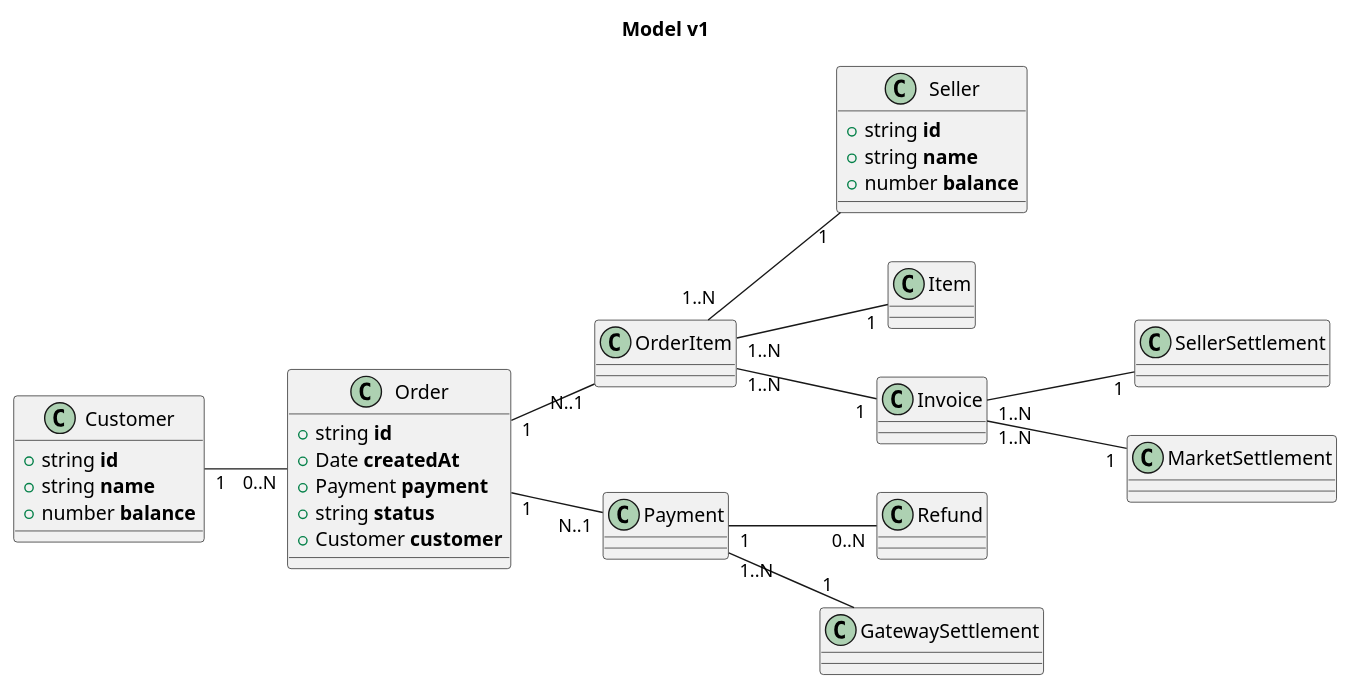
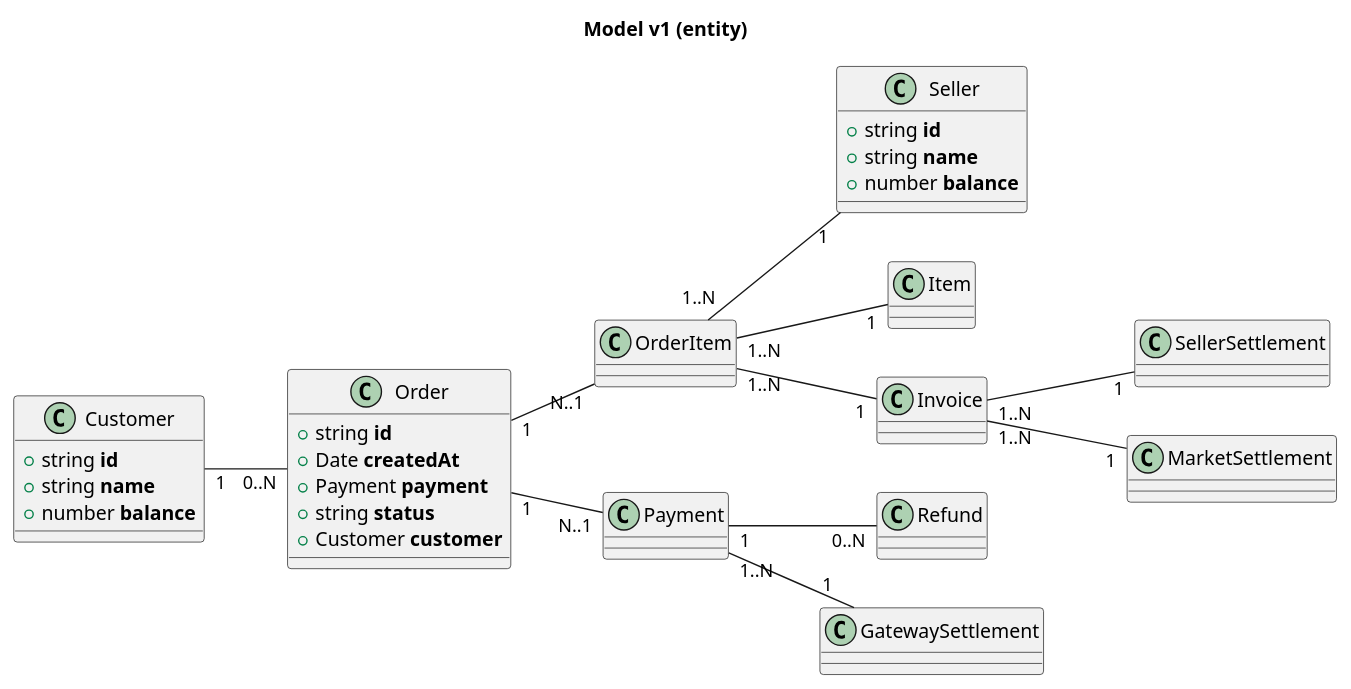
The diagram in docs/v1/entity.puml (opsway/nodal), drawn with PlantUML before and after one commit. The commit also changed 3 other files, not shown here.

```diff
--- a/docs/v1/entity.puml
+++ b/docs/v1/entity.puml
@@ -1,37 +1,37 @@
 @startuml
 
-title <b>Model v1</b>
+title <b>Model v1 (entity)</b>
 left to right direction
 skinparam shadowing false
 
 class Customer {
   +string **id**
   +string **name**
   +number **balance**
 }
 
 class Seller {
   +string **id**
   +string **name**
   +number **balance**
 }
 
 class Order {
   +string **id**
   +Date **createdAt**
   +Payment **payment**
   +string **status**
   +Customer **customer**
 }
 
 Customer "1" -- "0..N" Order
 Order "1" -- "N..1" OrderItem
 Order "1" -- "N..1" Payment
 Payment "1" -- "0..N" Refund
 OrderItem "1..N" -- "1" Item
 OrderItem "1..N" -- "1" Seller
 OrderItem "1..N" -- "1" Invoice
 Payment "1..N" -- "1" GatewaySettlement
 Invoice "1..N" -- "1" SellerSettlement
 Invoice "1..N" -- "1" MarketSettlement
 @enduml
```
